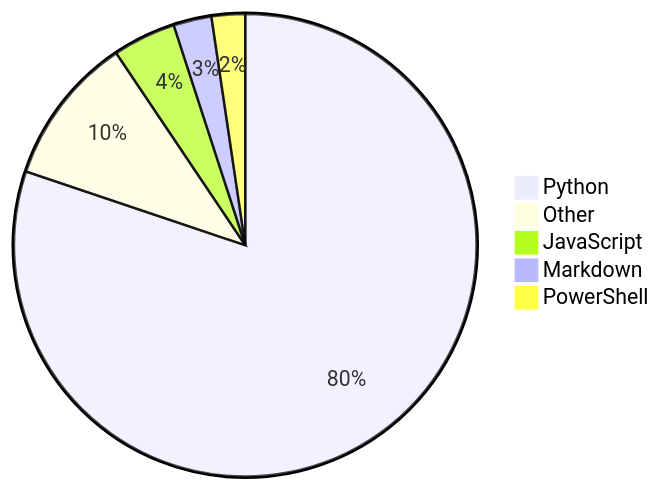
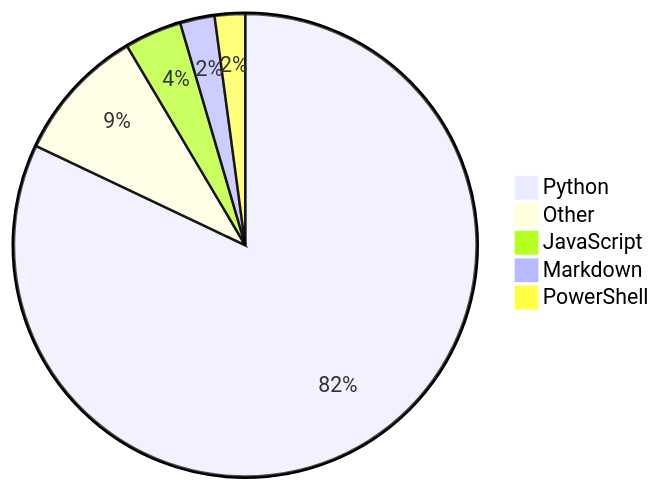
Before and after one commit to Alicia111/alicia111: the diagram in README.md, drawn with Mermaid.

Commit message:
Update WakaTime stats (・ω・)b

````diff
--- a/README.md
+++ b/README.md
@@ -32,8 +32,8 @@
 ```mermaid
 pie
-    "Python" : 80.14
-    "Other" : 10.42
-    "JavaScript" : 4.41
-    "Markdown" : 2.66
-    "PowerShell" : 2.34
+    "Python" : 82.04
+    "Other" : 9.42
+    "JavaScript" : 3.99
+    "Markdown" : 2.41
+    "PowerShell" : 2.12
 ```
````
